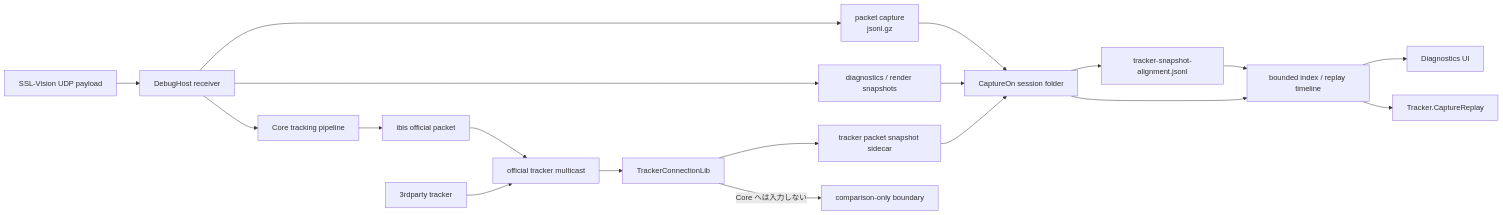
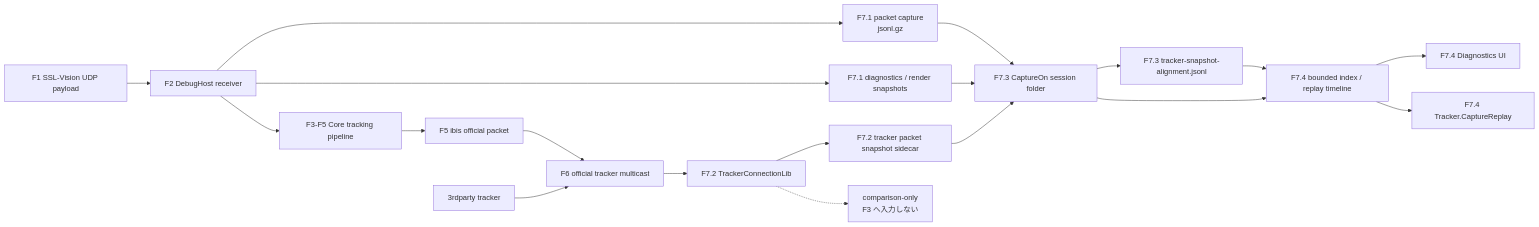
Diagram 11 of 11 in Tracker/Design/Core/tracker-architecture-plan.md (ibis-ssl/Duck), drawn with Mermaid before and after one commit. The commit also changed other lines of this file, not shown here.

Commit message:
docs(tracker): 全体フローと詳細図の対応を明示する

````diff
--- a/Tracker/Design/Core/tracker-architecture-plan.md
+++ b/Tracker/Design/Core/tracker-architecture-plan.md
@@ -349,24 +441,25 @@
 ```mermaid
 flowchart LR
-    Vision["SSL-Vision UDP payload"] --> Receiver["DebugHost receiver"]
-    Receiver --> RawCapture["packet capture<br/>jsonl.gz"]
-    Receiver --> Diagnostics["diagnostics / render snapshots"]
-    Receiver --> Core["Core tracking pipeline"]
-    Core --> OwnPacket["ibis official packet"]
-    OwnPacket --> Multicast["official tracker multicast"]
+    Vision["F1 SSL-Vision UDP payload"] --> Receiver["F2 DebugHost receiver"]
+    Receiver --> Core["F3-F5 Core tracking pipeline"]
+    Core --> OwnPacket["F5 ibis official packet"]
+    OwnPacket --> Multicast["F6 official tracker multicast"]
+
+    Receiver --> RawCapture["F7.1 packet capture<br/>jsonl.gz"]
+    Receiver --> Diagnostics["F7.1 diagnostics / render snapshots"]
 
     ThirdParty["3rdparty tracker"] --> Multicast
-    Multicast --> Connection["TrackerConnectionLib"]
-    Connection --> Snapshot["tracker packet snapshot sidecar"]
+    Multicast --> Connection["F7.2 TrackerConnectionLib"]
+    Connection --> Snapshot["F7.2 tracker packet snapshot sidecar"]
 
-    RawCapture --> Session["CaptureOn session folder"]
+    RawCapture --> Session["F7.3 CaptureOn session folder"]
     Diagnostics --> Session
     Snapshot --> Session
-    Session --> Alignment["tracker-snapshot-alignment.jsonl"]
-    Alignment --> Reader["bounded index / replay timeline"]
+    Session --> Alignment["F7.3 tracker-snapshot-alignment.jsonl"]
+    Alignment --> Reader["F7.4 bounded index / replay timeline"]
     Session --> Reader
-    Reader --> UI["Diagnostics UI"]
-    Reader --> CLI["Tracker.CaptureReplay"]
+    Reader --> UI["F7.4 Diagnostics UI"]
+    Reader --> CLI["F7.4 Tracker.CaptureReplay"]
 
-    Connection -->|"Core へは入力しない"| Isolation["comparison-only boundary"]
+    Connection -.-> Isolation["comparison-only<br/>F3 へ入力しない"]
 ```
````
